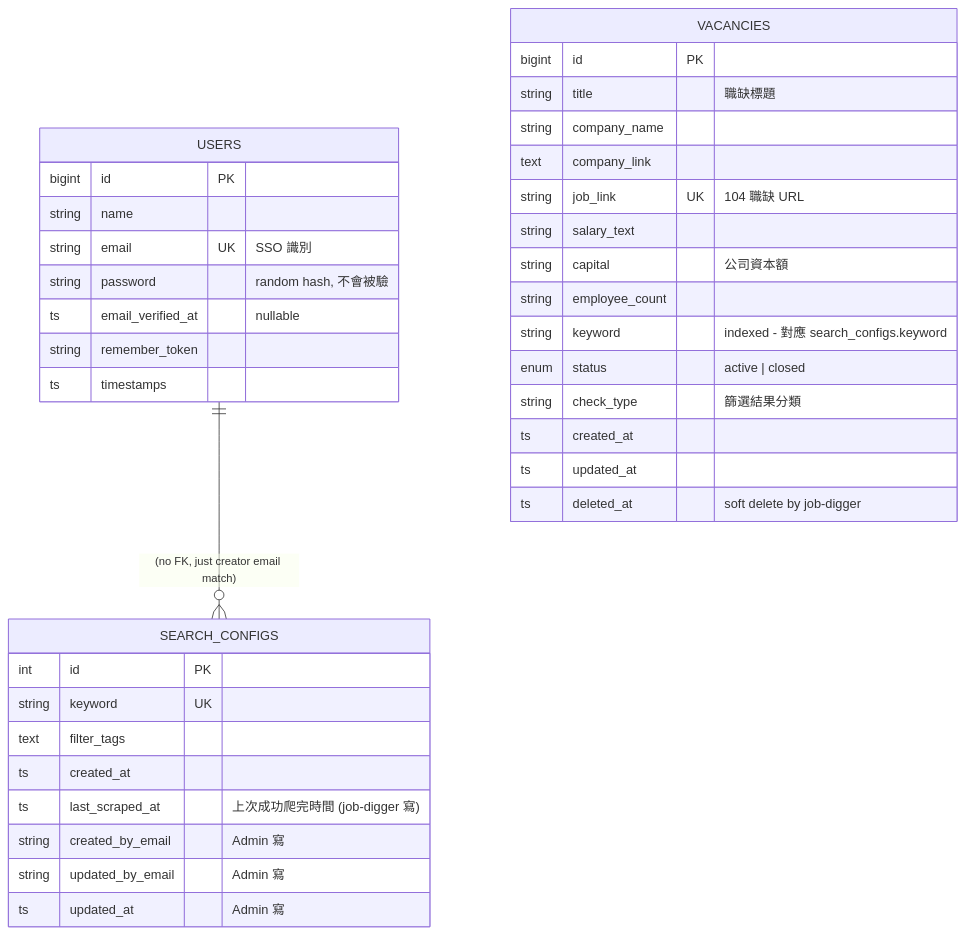
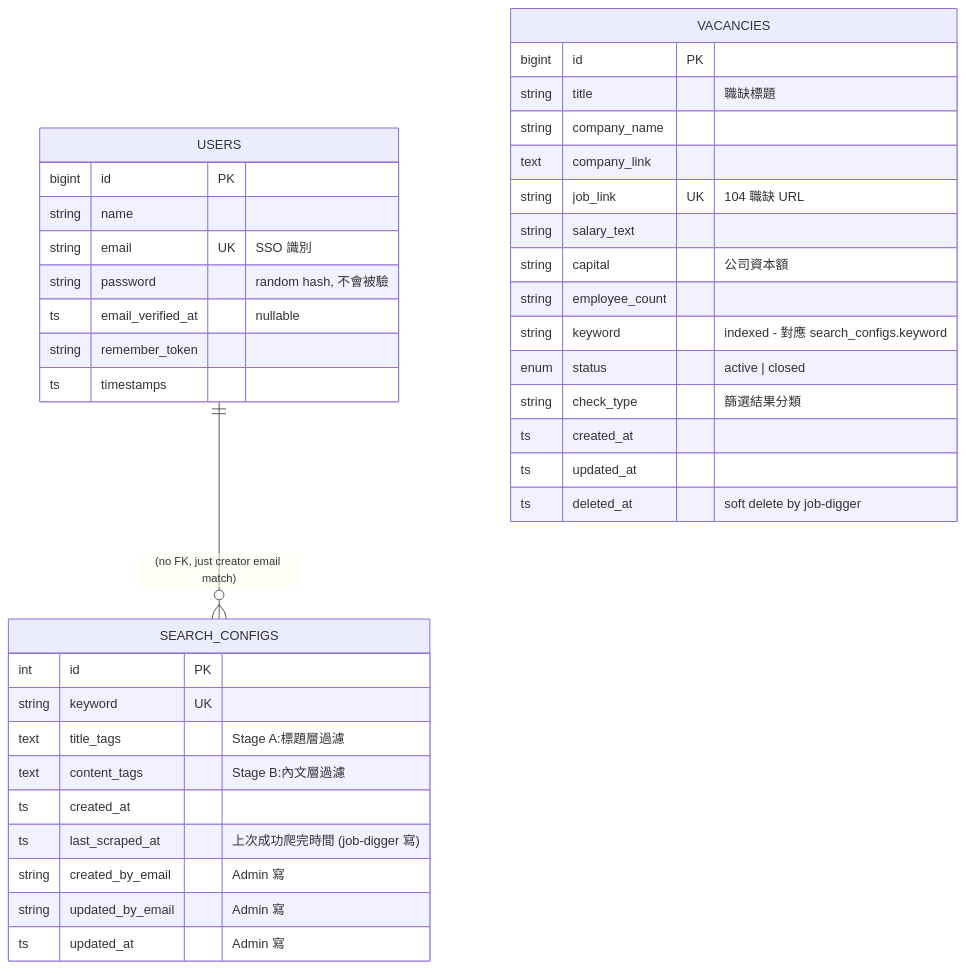
One commit to jacky0996/job_digger_admin changed the diagram in docs/data-model.md. Above: the diagram before and after it, drawn with Mermaid. The commit also changed other lines of this file and 8 other files, not shown here.

````diff
--- a/docs/data-model.md
+++ b/docs/data-model.md
@@ -16,42 +16,43 @@
 ```mermaid
 erDiagram
     USERS ||--o{ SEARCH_CONFIGS : "(no FK, just creator email match)"
 
     USERS {
         bigint   id PK
         string   name
         string   email UK "SSO 識別"
         string   password "random hash, 不會被驗"
         ts       email_verified_at "nullable"
         string   remember_token
         ts       timestamps
     }
 
     SEARCH_CONFIGS {
         int      id PK
         string   keyword UK
-        text     filter_tags
+        text     title_tags    "Stage A:標題層過濾"
+        text     content_tags  "Stage B:內文層過濾"
         ts       created_at
         ts       last_scraped_at "上次成功爬完時間 (job-digger 寫)"
         string   created_by_email "Admin 寫"
         string   updated_by_email "Admin 寫"
         ts       updated_at "Admin 寫"
     }
 
     VACANCIES {
         bigint   id PK
         string   title "職缺標題"
         string   company_name
         text     company_link
         string   job_link UK "104 職缺 URL"
         string   salary_text
         string   capital "公司資本額"
         string   employee_count
         string   keyword "indexed - 對應 search_configs.keyword"
         enum     status "active | closed"
         string   check_type "篩選結果分類"
         ts       created_at
         ts       updated_at
         ts       deleted_at "soft delete by job-digger"
     }
 ```
````
